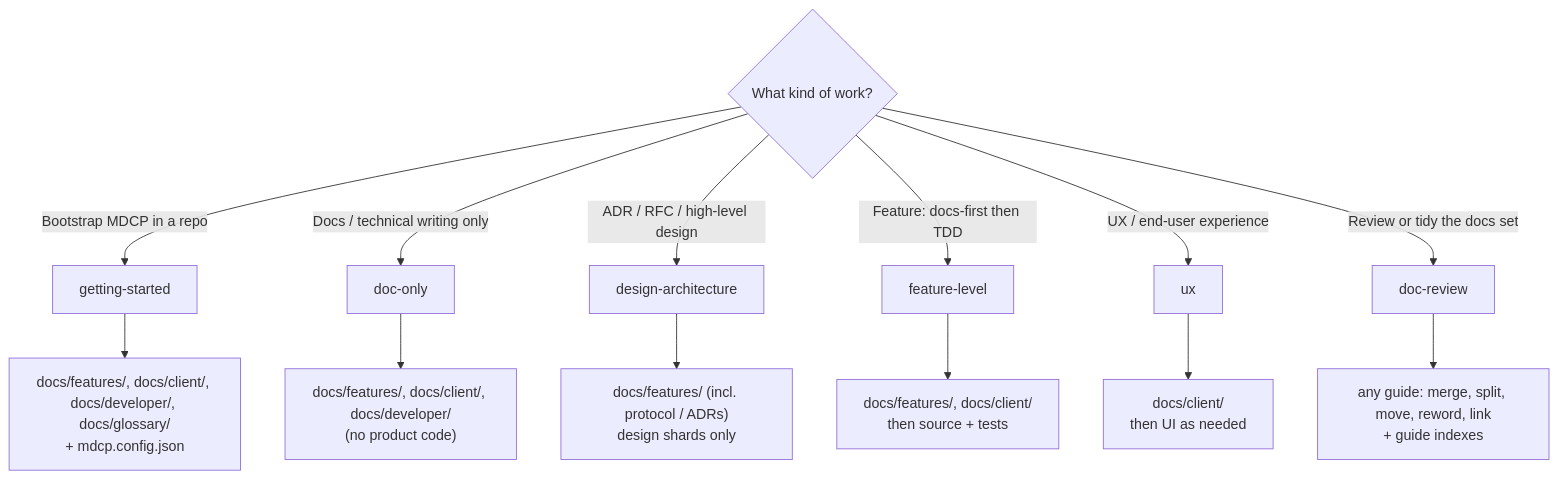
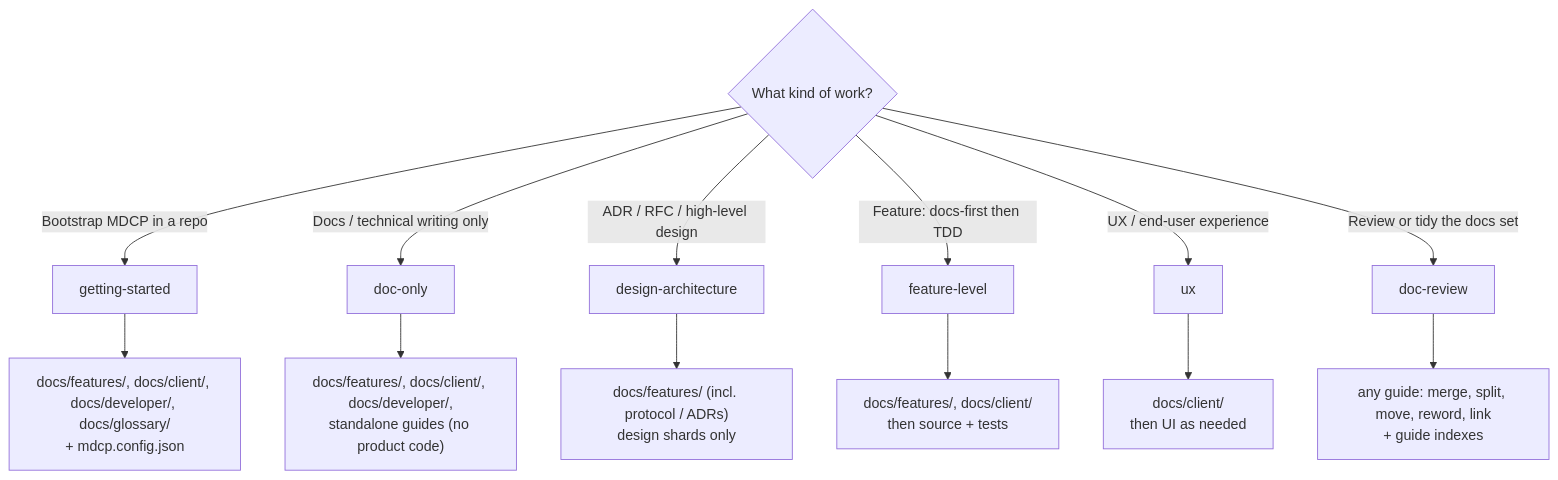
Before and after one commit to Merlon-Docs/merlon: the diagram in skills/mdcp/SKILL.md, drawn with Mermaid. The commit also changed other lines of this file and 40 other files, not shown here.

````diff
--- a/skills/mdcp/SKILL.md
+++ b/skills/mdcp/SKILL.md
@@ -257,18 +312,18 @@
 ```mermaid
 flowchart TB
   Q{What kind of work?}
 
   Q -->|Bootstrap MDCP in a repo| GS[getting-started]
   Q -->|Docs / technical writing only| DO[doc-only]
   Q -->|ADR / RFC / high-level design| DA[design-architecture]
   Q -->|Feature: docs-first then TDD| FL[feature-level]
   Q -->|UX / end-user experience| UX[ux]
   Q -->|Review or tidy the docs set| DR[doc-review]
 
   GS --> GSa["docs/features/, docs/client/, docs/developer/, docs/glossary/<br/>+ mdcp.config.json"]
-  DO --> DOa["docs/features/, docs/client/, docs/developer/<br/>(no product code)"]
+  DO --> DOa["docs/features/, docs/client/, docs/developer/,<br/>standalone guides (no product code)"]
   DA --> DAa["docs/features/ (incl. protocol / ADRs)<br/>design shards only"]
   FL --> FLa["docs/features/, docs/client/<br/>then source + tests"]
   UX --> UXa["docs/client/<br/>then UI as needed"]
   DR --> DRa["any guide: merge, split, move, reword, link<br/>+ guide indexes"]
 ```
````
